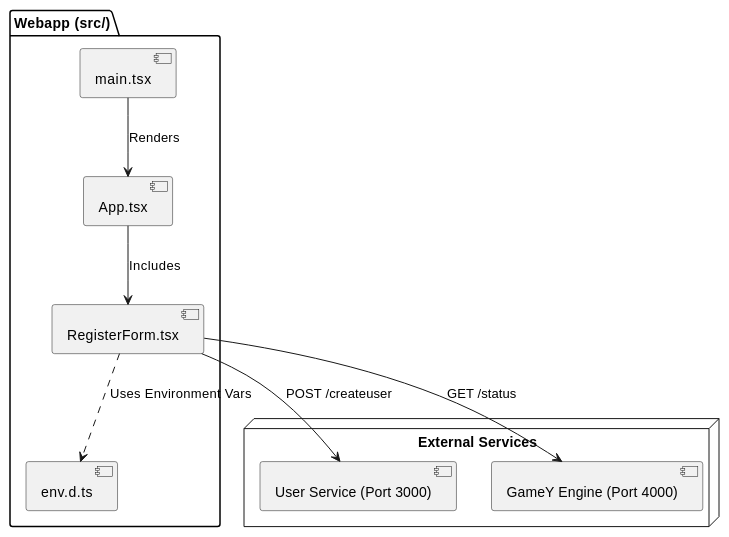
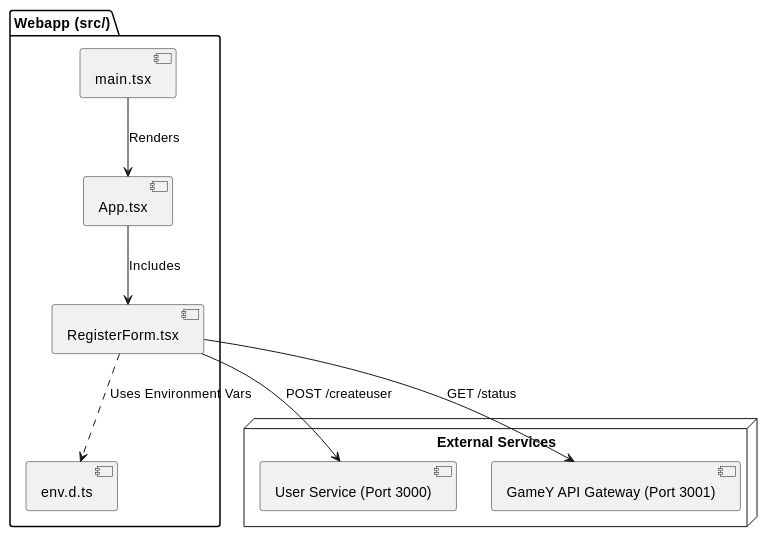
One commit to Arquisoft/yovi_en1a changed the second of 4 diagrams in docs/src/05_building_block_view.adoc. Above: the diagram before and after it, drawn with PlantUML. The commit also changed other lines of this file, not shown here.

First line of the commit message:
Added gameyapi to chapter 5

```diff
--- a/docs/src/05_building_block_view.adoc
+++ b/docs/src/05_building_block_view.adoc
@@ -51,22 +54,22 @@
 [plantuml, webapp-level2, png]
 ----
 @startuml
 package "Webapp (src/)" {
 [main.tsx] as main
 [App.tsx] as app
 [RegisterForm.tsx] as form
 [env.d.ts] as env
 }
 
 node "External Services" {
 [User Service (Port 3000)] as usersvc
-[GameY Engine (Port 4000)] as gamey
+[GameY API Gateway (Port 3001)] as gameyapi
 }
 
 main --> app : "Renders"
 app --> form : "Includes"
 form ..> env : "Uses Environment Vars"
 form --> usersvc : "POST /createuser"
-form --> gamey : "GET /status"
+form --> gameyapi : "GET /status"
 @enduml
 ----
```
